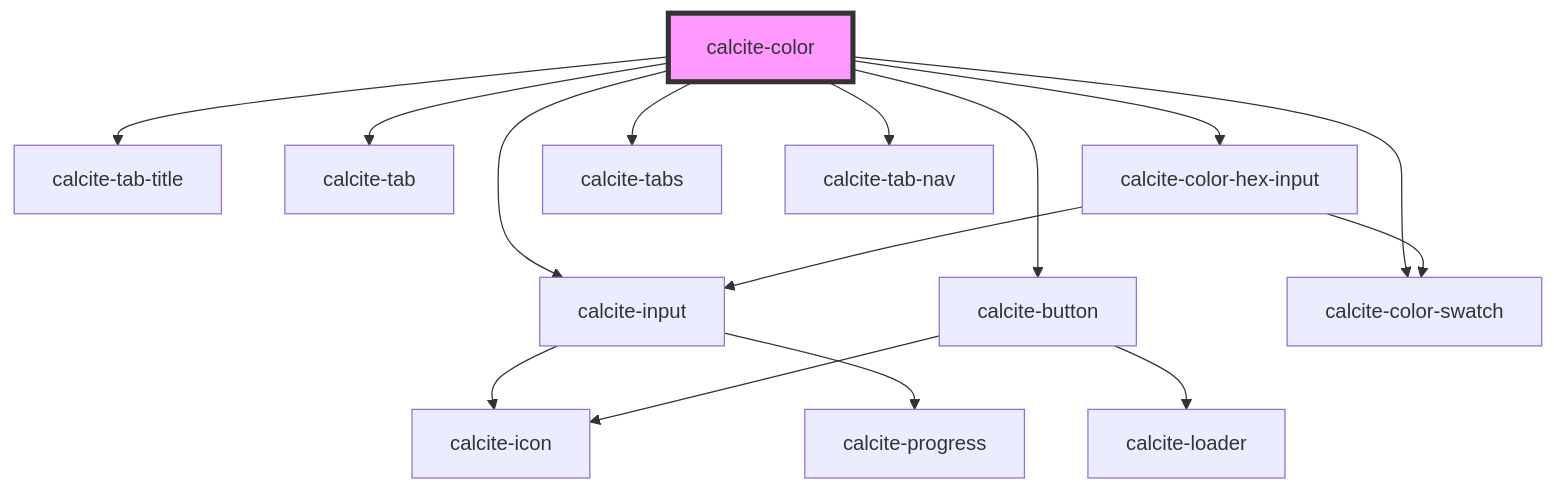
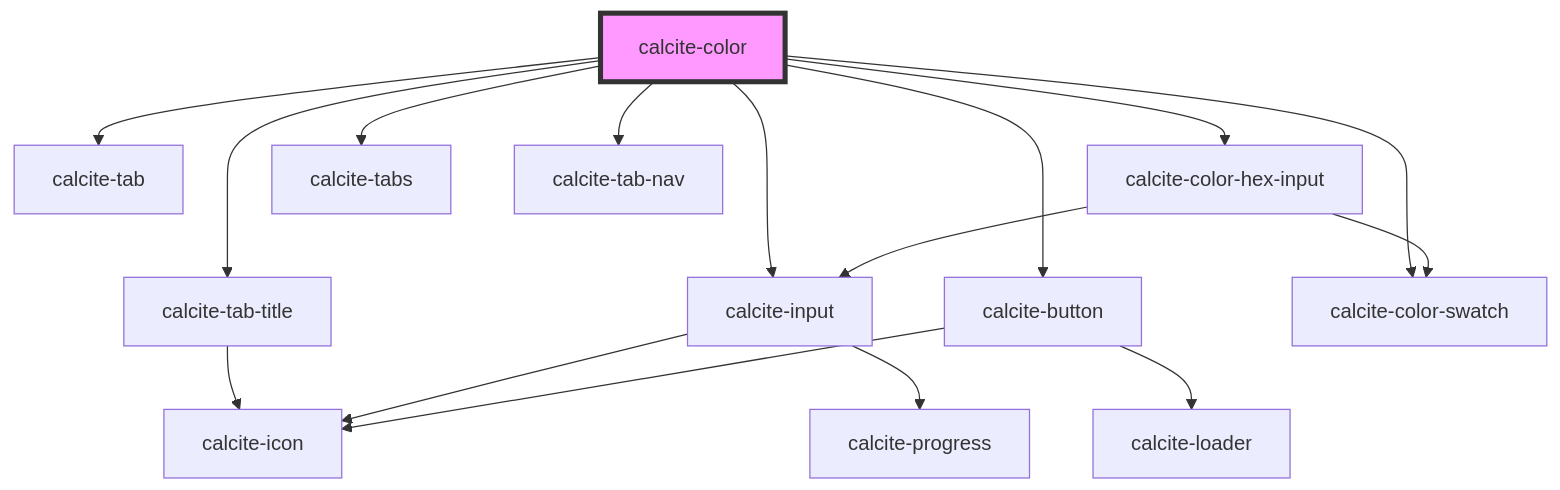
One commit to vikivakarvc/calcite-design-system changed the diagram in src/components/calcite-color/readme.md. Above: the diagram before and after it, drawn with Mermaid. The commit also changed 11 other files, not shown here.

````diff
--- a/src/components/calcite-color/readme.md
+++ b/src/components/calcite-color/readme.md
@@ -64,18 +64,19 @@
 ```mermaid
 graph TD;
   calcite-color --> calcite-tab-title
   calcite-color --> calcite-tab
   calcite-color --> calcite-input
   calcite-color --> calcite-color-hex-input
   calcite-color --> calcite-tabs
   calcite-color --> calcite-tab-nav
   calcite-color --> calcite-button
   calcite-color --> calcite-color-swatch
+  calcite-tab-title --> calcite-icon
   calcite-input --> calcite-icon
   calcite-input --> calcite-progress
   calcite-color-hex-input --> calcite-input
   calcite-color-hex-input --> calcite-color-swatch
   calcite-button --> calcite-loader
   calcite-button --> calcite-icon
   style calcite-color fill:#f9f,stroke:#333,stroke-width:4px
 ```
````
